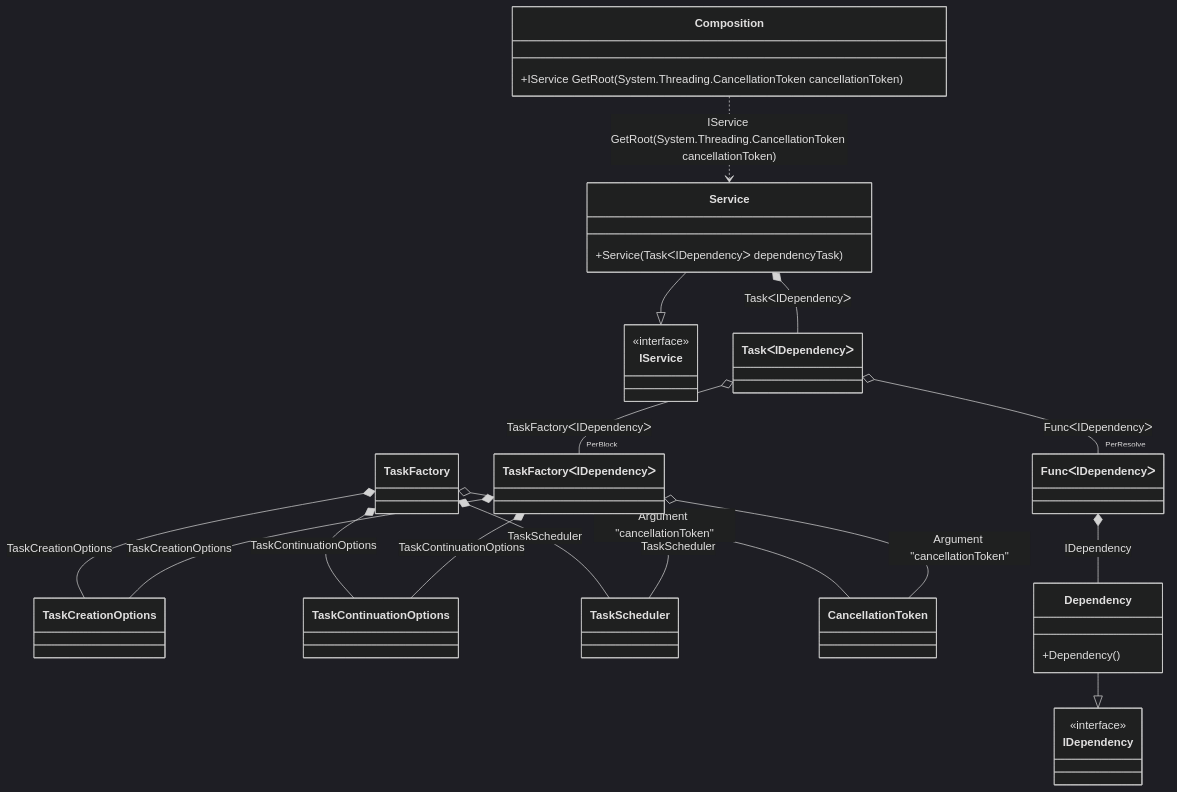
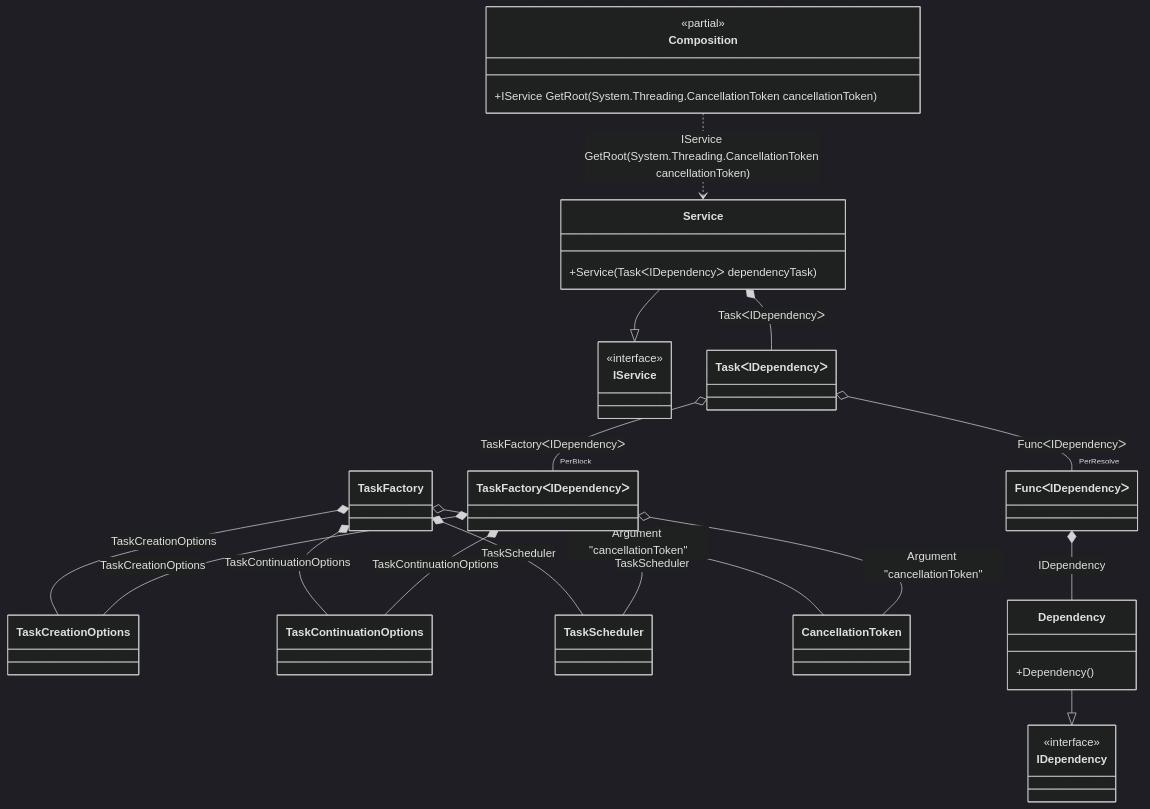
One commit to DevTeam/Pure.DI changed the diagram in readme/task.md. Above: the diagram before and after it, drawn with Mermaid (dark theme). The commit also changed 74 other files, not shown here.

Commit message:
Improved class diagram

````diff
--- a/readme/task.md
+++ b/readme/task.md
@@ -63,41 +63,42 @@
 ```mermaid
 classDiagram
 	class Composition {
+		<<partial>>
 		+IService GetRoot(System.Threading.CancellationToken cancellationToken)
 	}
 	class TaskCreationOptions
 	class TaskContinuationOptions
 	class TaskFactory
 	class TaskScheduler
 	class CancellationToken
 	Dependency --|> IDependency : 
 	class Dependency {
 		+Dependency()
 	}
 	Service --|> IService : 
 	class Service {
 		+Service(TaskᐸIDependencyᐳ dependencyTask)
 	}
 	class TaskᐸIDependencyᐳ
 	class FuncᐸIDependencyᐳ
 	class TaskFactoryᐸIDependencyᐳ
 	class IDependency {
 		<<interface>>
 	}
 	class IService {
 		<<interface>>
 	}
 	TaskFactory o-- CancellationToken : Argument "cancellationToken"
 	TaskFactory *--  TaskCreationOptions : TaskCreationOptions
 	TaskFactory *--  TaskContinuationOptions : TaskContinuationOptions
 	TaskFactory *--  TaskScheduler : TaskScheduler
 	Service *--  TaskᐸIDependencyᐳ : TaskᐸIDependencyᐳ
 	Composition ..> Service : IService GetRoot(System.Threading.CancellationToken cancellationToken)
-	TaskᐸIDependencyᐳ o--  "PerResolve" FuncᐸIDependencyᐳ : FuncᐸIDependencyᐳ
-	TaskᐸIDependencyᐳ o--  "PerBlock" TaskFactoryᐸIDependencyᐳ : TaskFactoryᐸIDependencyᐳ
+	TaskᐸIDependencyᐳ o-- "PerResolve" FuncᐸIDependencyᐳ : FuncᐸIDependencyᐳ
+	TaskᐸIDependencyᐳ o-- "PerBlock" TaskFactoryᐸIDependencyᐳ : TaskFactoryᐸIDependencyᐳ
 	FuncᐸIDependencyᐳ *--  Dependency : IDependency
 	TaskFactoryᐸIDependencyᐳ o-- CancellationToken : Argument "cancellationToken"
 	TaskFactoryᐸIDependencyᐳ *--  TaskCreationOptions : TaskCreationOptions
 	TaskFactoryᐸIDependencyᐳ *--  TaskContinuationOptions : TaskContinuationOptions
 	TaskFactoryᐸIDependencyᐳ *--  TaskScheduler : TaskScheduler
 ```
````
